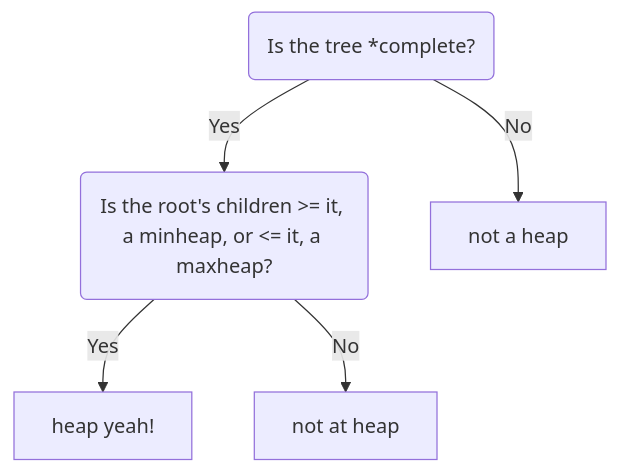
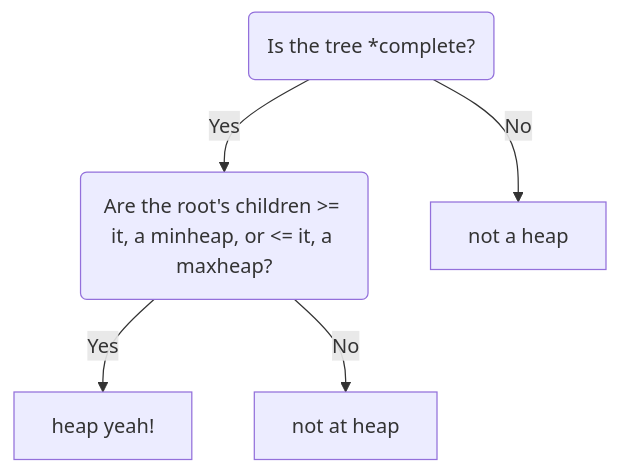
Before and after one commit to bambuzie/fluffy-leaf: the first of 4 diagrams in _posts/2018-04-02-Heaps.md, drawn with Mermaid.

Commit message:
Updated '_posts/2018-04-02-Heaps.md' via CloudCannon

````diff
--- a/_posts/2018-04-02-Heaps.md
+++ b/_posts/2018-04-02-Heaps.md
@@ -20,9 +20,9 @@
 ```mermaid
 graph TD
 A(Is the tree *complete?);
-A -->|Yes| B(Is the root's children >= it, a minheap, or <= it, a maxheap?);
+A -->|Yes| B(Are the root's children >= it, a minheap, or <= it, a maxheap?);
 A -->|No| C[not a heap];
 B -->|Yes| D[ heap yeah!];
 B -->|No| E[ not at heap];
 
 ```
````
